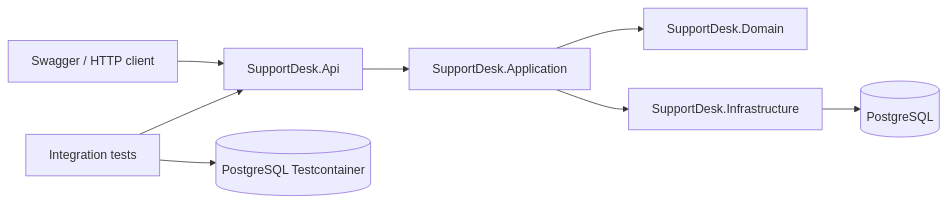
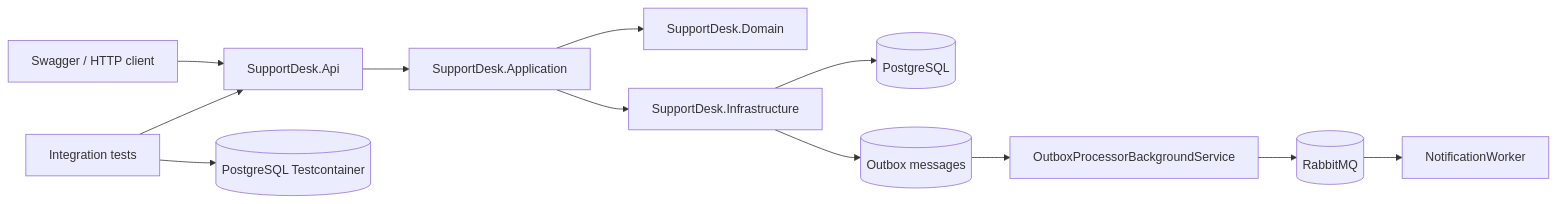
One commit to Chelovedus/SupportDesk changed the first of 2 diagrams in README.md. Above: the diagram before and after it, drawn with Mermaid. The commit also changed other lines of this file, not shown here.

````diff
--- a/README.md
+++ b/README.md
@@ -86,11 +102,16 @@
 ```mermaid
 flowchart LR
     Client[Swagger / HTTP client] --> Api[SupportDesk.Api]
     Api --> Application[SupportDesk.Application]
     Application --> Domain[SupportDesk.Domain]
     Application --> Infrastructure[SupportDesk.Infrastructure]
     Infrastructure --> Db[(PostgreSQL)]
 
+    Infrastructure --> Outbox[(Outbox messages)]
+    Outbox --> Processor[OutboxProcessorBackgroundService]
+    Processor --> RabbitMQ[(RabbitMQ)]
+    RabbitMQ --> Worker[NotificationWorker]
+
     IntegrationTests[Integration tests] --> Api
     IntegrationTests --> Testcontainers[(PostgreSQL Testcontainer)]
 ```
````
